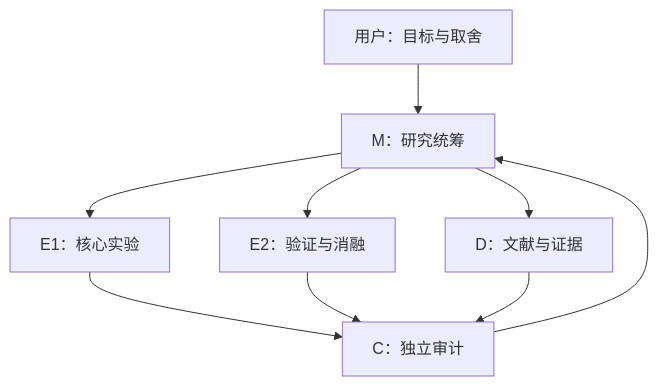
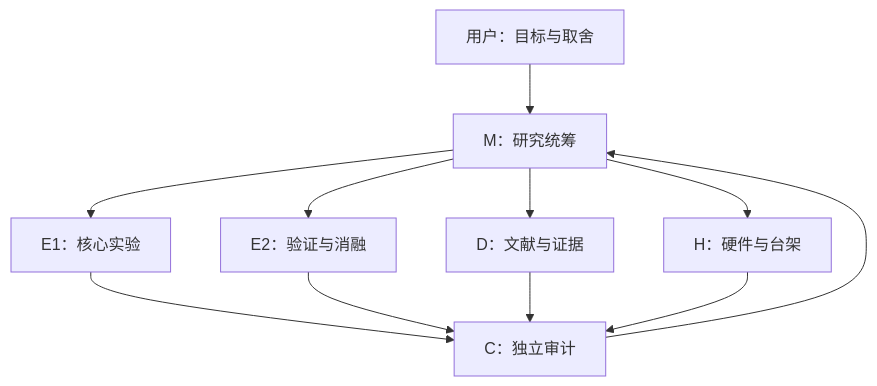
The diagram in coordination/README.md (HangLee21/Agent-Native-Network), drawn with Mermaid before and after one commit. The commit also changed other lines of this file and 1383 other files, not shown here.

````diff
--- a/coordination/README.md
+++ b/coordination/README.md
@@ -7,11 +7,13 @@
 ```mermaid
 flowchart TD
     U[用户：目标与取舍] --> M[M：研究统筹]
     M --> E1[E1：核心实验]
     M --> E2[E2：验证与消融]
     M --> D[D：文献与证据]
+    M --> H[H：硬件与台架]
     E1 --> C[C：独立审计]
     E2 --> C
     D --> C
+    H --> C
     C --> M
 ```
````
